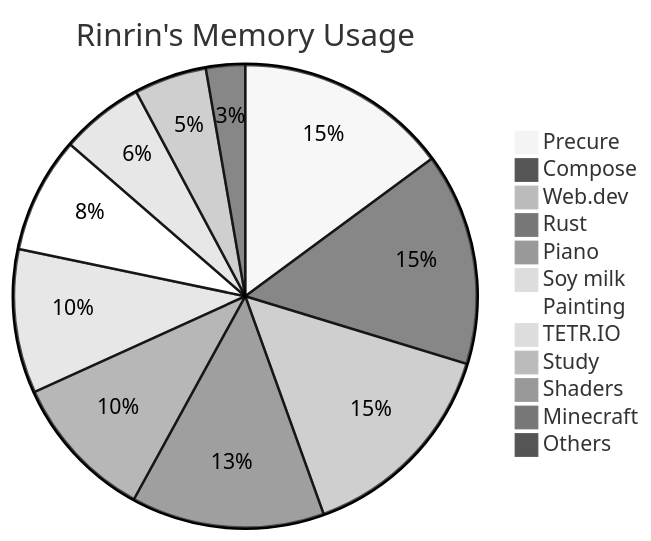
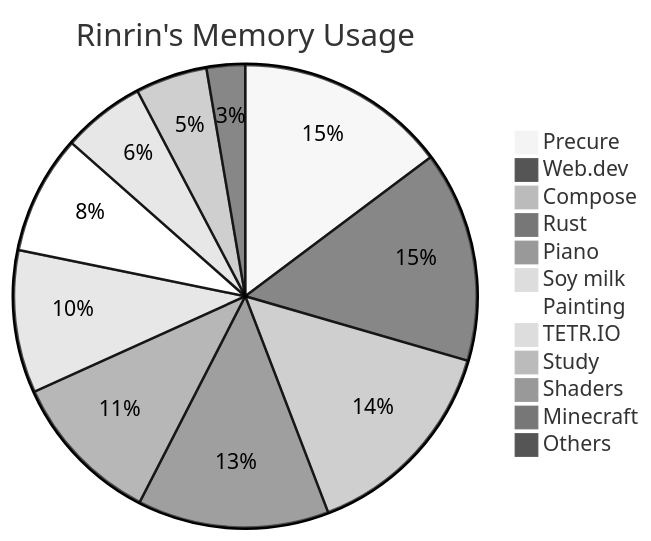
The diagram in README.md (Rinrin0413/Rinrin0413), drawn with Mermaid (neutral theme) before and after one commit.

Commit message:
🛠 Update: Rinrin's Memory Usage

````diff
--- a/README.md
+++ b/README.md
@@ -77,15 +77,15 @@
 ```mermaid
 pie title Rinrin's Memory Usage
-    "Precure": 605
-    "Compose": 603
-    "Web.dev": 601
-    "Rust": 548
-    "Piano": 416
-    "Soy milk": 409
-    "Painting": 329
+    "Precure": 604
+    "Web.dev": 603
+    "Compose": 601
+    "Rust": 547
+    "Piano": 438
+    "Soy milk": 408
+    "Painting": 340
     "TETR.IO": 237
-    "Study": 206
+    "Study": 205
     "Shaders": 30
     "Minecraft": 30
-    "Others": 111
+    "Others": 110
 ```
````
